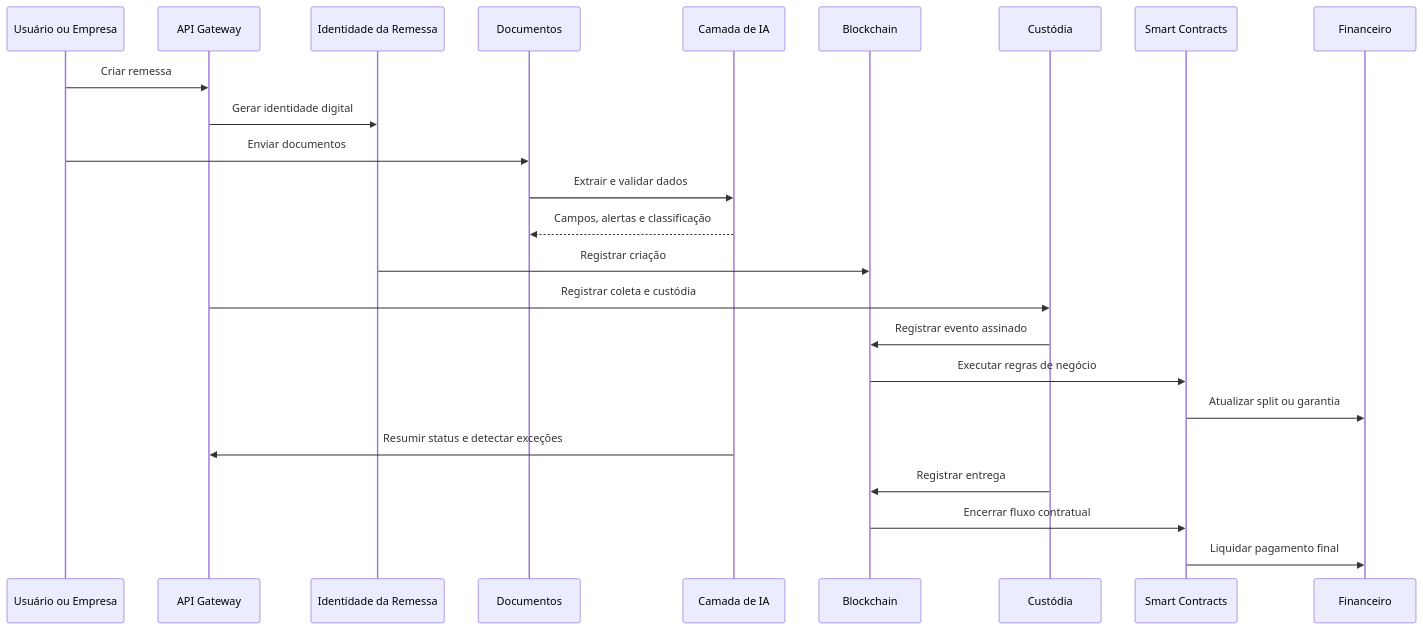
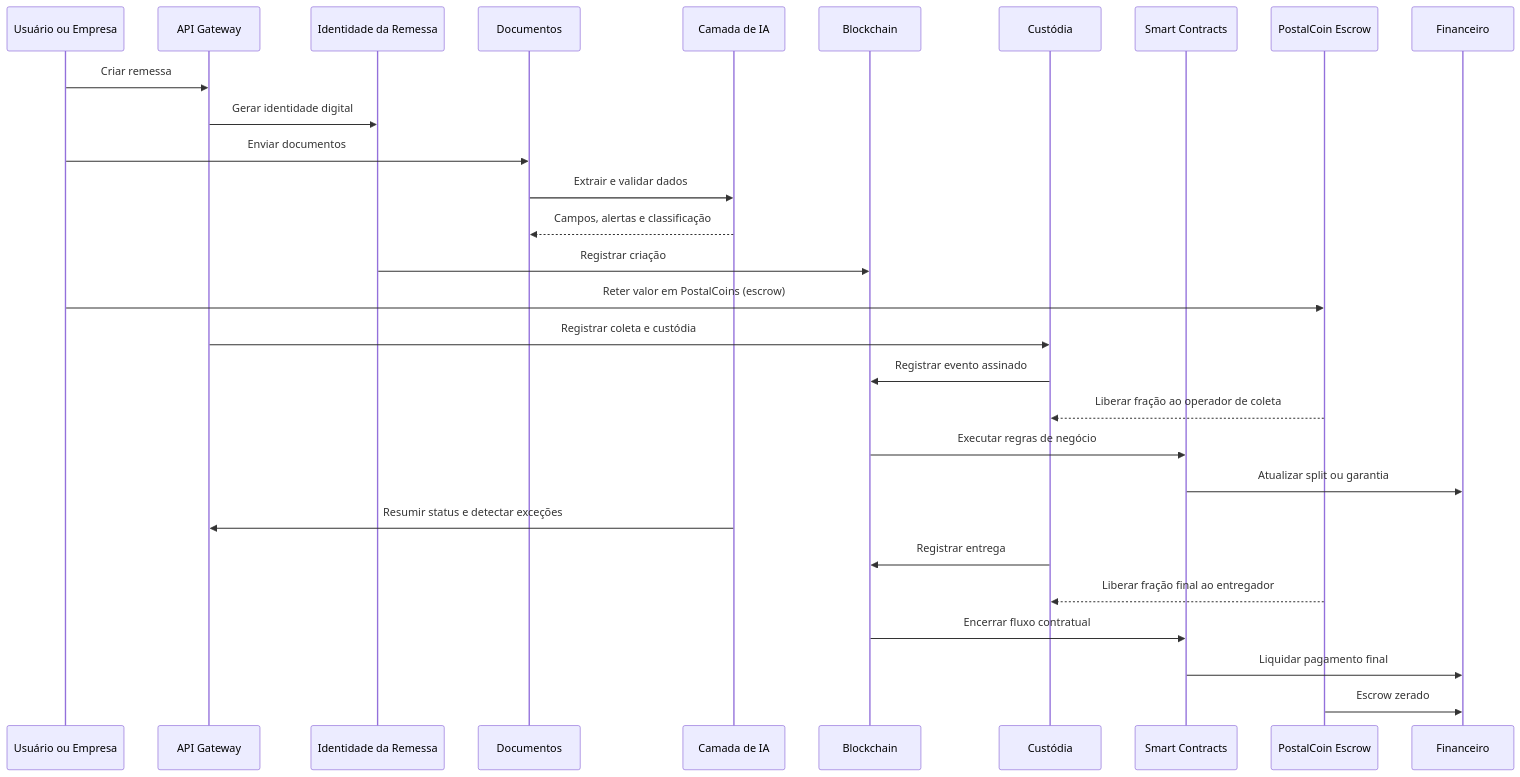
One commit to danielbfs/PostalTrust changed the third of 3 diagrams in OBSIDIAN_BRAIN.md. Above: the diagram before and after it, drawn with Mermaid. The commit also changed other lines of this file and 11 other files, not shown here.

Commit message:
docs: add PostalCoin thesis (RWA / Programmable Stamp) and integrate across all project documents

````diff
--- a/OBSIDIAN_BRAIN.md
+++ b/OBSIDIAN_BRAIN.md
@@ -124,27 +144,32 @@
 ```mermaid
 sequenceDiagram
     participant U as Usuário ou Empresa
     participant API as API Gateway
     participant ID as Identidade da Remessa
     participant DOC as Documentos
     participant AI as Camada de IA
     participant BC as Blockchain
     participant CU as Custódia
     participant SC as Smart Contracts
+    participant PCN as PostalCoin Escrow
     participant FI as Financeiro
 
     U->>API: Criar remessa
     API->>ID: Gerar identidade digital
     U->>DOC: Enviar documentos
     DOC->>AI: Extrair e validar dados
     AI-->>DOC: Campos, alertas e classificação
     ID->>BC: Registrar criação
+    U->>PCN: Reter valor em PostalCoins (escrow)
     API->>CU: Registrar coleta e custódia
     CU->>BC: Registrar evento assinado
+    PCN-->>CU: Liberar fração ao operador de coleta
     BC->>SC: Executar regras de negócio
     SC->>FI: Atualizar split ou garantia
     AI->>API: Resumir status e detectar exceções
     CU->>BC: Registrar entrega
+    PCN-->>CU: Liberar fração final ao entregador
     BC->>SC: Encerrar fluxo contratual
     SC->>FI: Liquidar pagamento final
+    PCN->>FI: Escrow zerado
 ```
````
